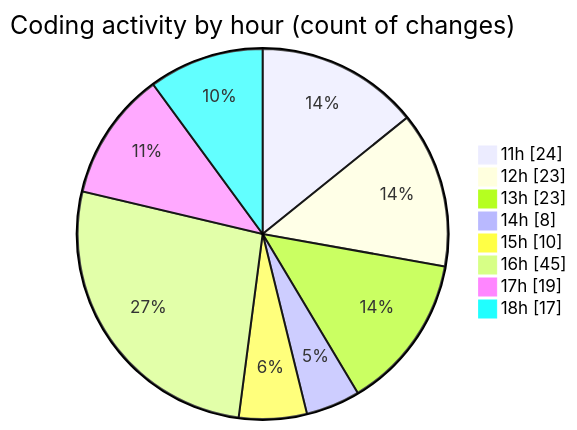
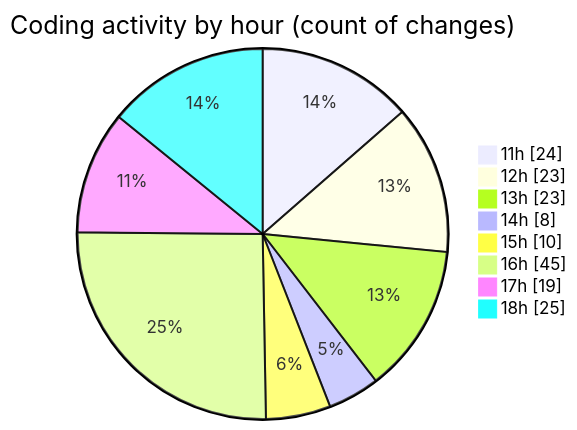
One commit to nxtqubesakshisongat/code-tracking changed the second of 2 diagrams in 2025-09-18/nxtqube_webapp/README.md. Above: the diagram before and after it, drawn with Mermaid. The commit also changed other lines of this file and 1 other file, not shown here.

````diff
--- a/2025-09-18/nxtqube_webapp/README.md
+++ b/2025-09-18/nxtqube_webapp/README.md
@@ -52,12 +52,12 @@
 ```mermaid
 pie showData
 title Coding activity by hour (count of changes)
 "11h" : 24
 "12h" : 23
 "13h" : 23
 "14h" : 8
 "15h" : 10
 "16h" : 45
 "17h" : 19
-"18h" : 17
+"18h" : 25
 ```
````
